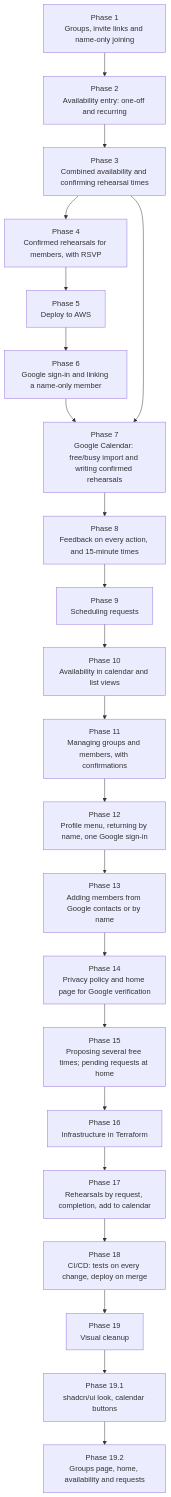
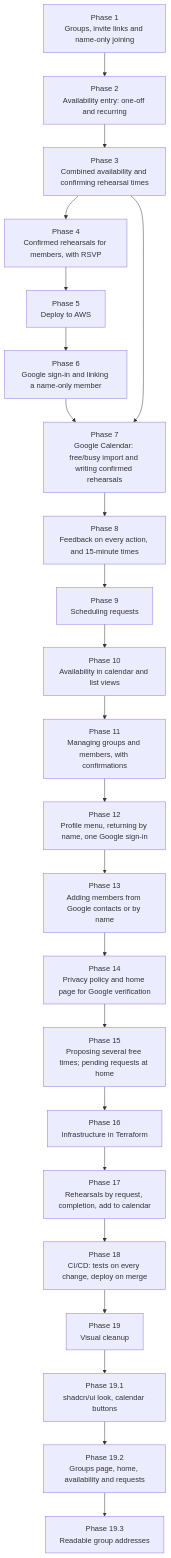
One commit to leifdalan/music-chairs changed the diagram in plan/INDEX.md. Above: the diagram before and after it, drawn with Mermaid. The commit also changed other lines of this file and 26 other files, not shown here.

````diff
--- a/plan/INDEX.md
+++ b/plan/INDEX.md
@@ -27,28 +27,29 @@
 ```mermaid
 graph TD
     P1[Phase 1<br/>Groups, invite links and name-only joining]
     P2[Phase 2<br/>Availability entry: one-off and recurring]
     P3[Phase 3<br/>Combined availability and confirming rehearsal times]
     P4[Phase 4<br/>Confirmed rehearsals for members, with RSVP]
     P5[Phase 5<br/>Deploy to AWS]
     P6[Phase 6<br/>Google sign-in and linking a name-only member]
     P7[Phase 7<br/>Google Calendar: free/busy import and writing confirmed rehearsals]
     P8[Phase 8<br/>Feedback on every action, and 15-minute times]
     P9[Phase 9<br/>Scheduling requests]
     P10[Phase 10<br/>Availability in calendar and list views]
     P11[Phase 11<br/>Managing groups and members, with confirmations]
     P12[Phase 12<br/>Profile menu, returning by name, one Google sign-in]
     P13[Phase 13<br/>Adding members from Google contacts or by name]
     P14[Phase 14<br/>Privacy policy and home page for Google verification]
     P15[Phase 15<br/>Proposing several free times; pending requests at home]
     P16[Phase 16<br/>Infrastructure in Terraform]
     P17[Phase 17<br/>Rehearsals by request, completion, add to calendar]
     P18[Phase 18<br/>CI/CD: tests on every change, deploy on merge]
     P19[Phase 19<br/>Visual cleanup]
     P19_1[Phase 19.1<br/>shadcn/ui look, calendar buttons]
     P19_2[Phase 19.2<br/>Groups page, home, availability and requests]
+    P19_3[Phase 19.3<br/>Readable group addresses]
     P1 --> P2 --> P3 --> P4 --> P5 --> P6 --> P7
     P3 --> P7
     P7 --> P8 --> P9 --> P10 --> P11 --> P12 --> P13 --> P14 --> P15 --> P16 --> P17 --> P18 --> P19
-    P19 --> P19_1 --> P19_2
+    P19 --> P19_1 --> P19_2 --> P19_3
 ```
````
